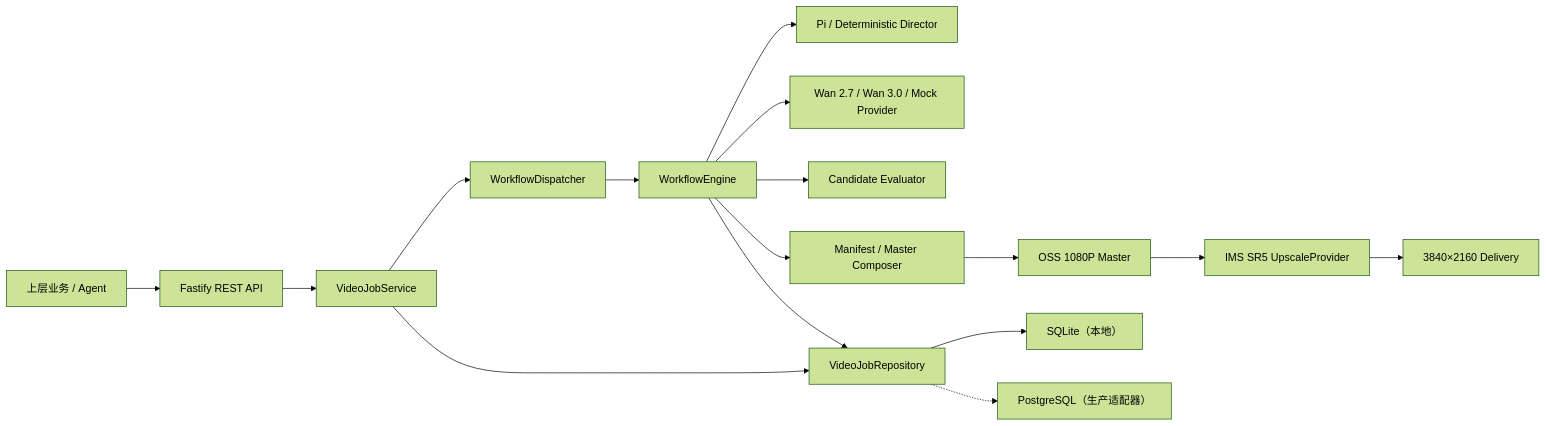
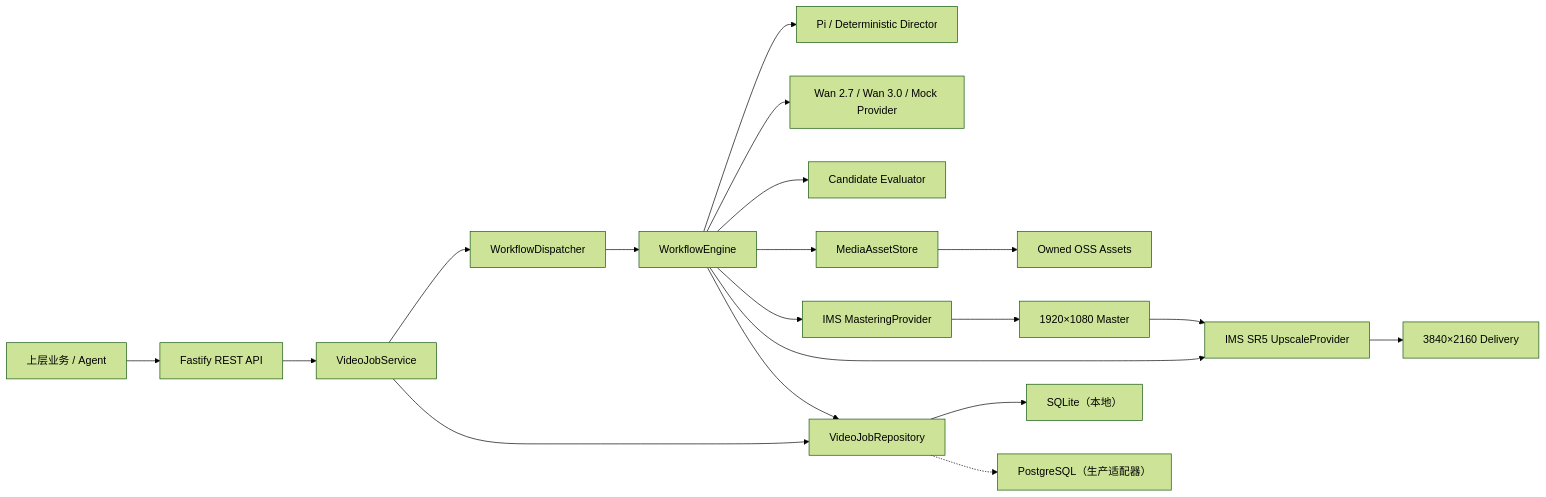
The diagram in docs/ARCHITECTURE.md (devWayne/video-agent-harness), drawn with Mermaid (forest theme) before and after one commit. The commit also changed other lines of this file and 24 other files, not shown here.

````diff
--- a/docs/ARCHITECTURE.md
+++ b/docs/ARCHITECTURE.md
@@ -5,18 +5,21 @@
 ```mermaid
 flowchart LR
   Client["上层业务 / Agent"] --> API["Fastify REST API"]
   API --> Service["VideoJobService"]
   Service --> Queue["WorkflowDispatcher"]
   Queue --> Workflow["WorkflowEngine"]
   Workflow --> Director["Pi / Deterministic Director"]
   Workflow --> Provider["Wan 2.7 / Wan 3.0 / Mock Provider"]
   Workflow --> Evaluator["Candidate Evaluator"]
-  Workflow --> Composer["Manifest / Master Composer"]
-  Composer --> OSS["OSS 1080P Master"]
-  OSS --> Upscale["IMS SR5 UpscaleProvider"]
+  Workflow --> Store["MediaAssetStore"]
+  Store --> OSS["Owned OSS Assets"]
+  Workflow --> Master["IMS MasteringProvider"]
+  Master --> HD["1920×1080 Master"]
+  Workflow --> Upscale["IMS SR5 UpscaleProvider"]
+  HD --> Upscale
   Upscale --> UHD["3840×2160 Delivery"]
   Service --> Repository["VideoJobRepository"]
   Workflow --> Repository
   Repository --> SQLite["SQLite（本地）"]
   Repository -.-> Postgres["PostgreSQL（生产适配器）"]
 ```
````
